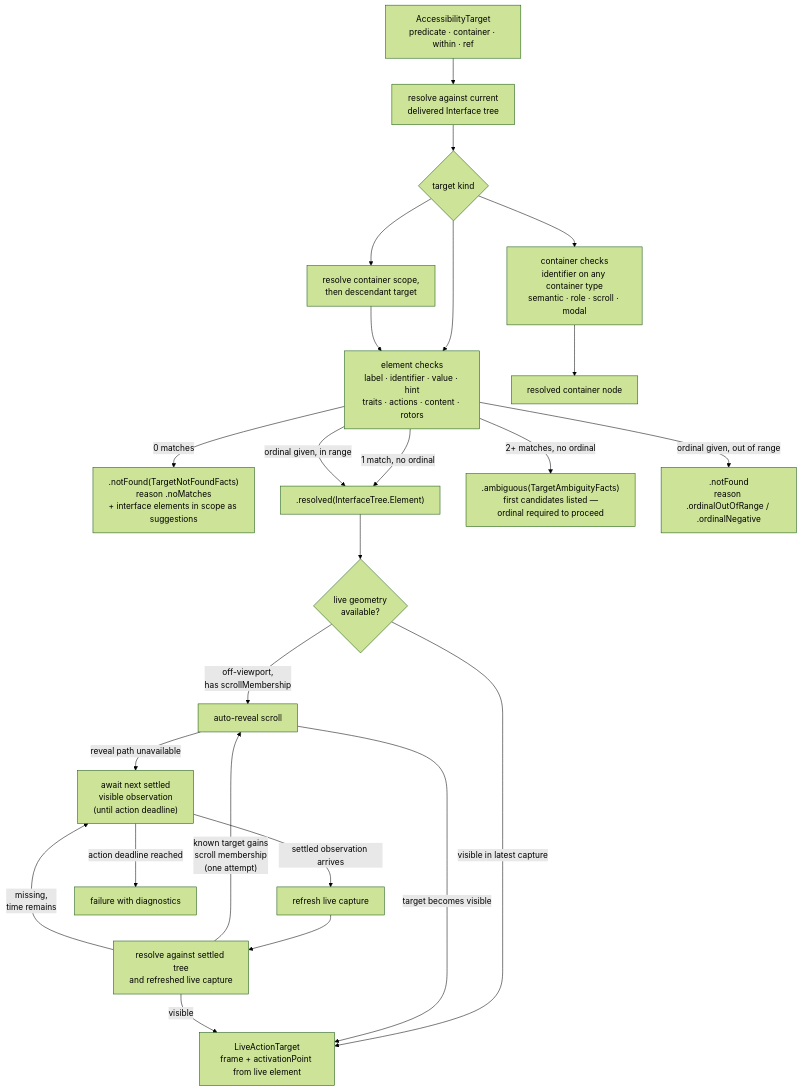
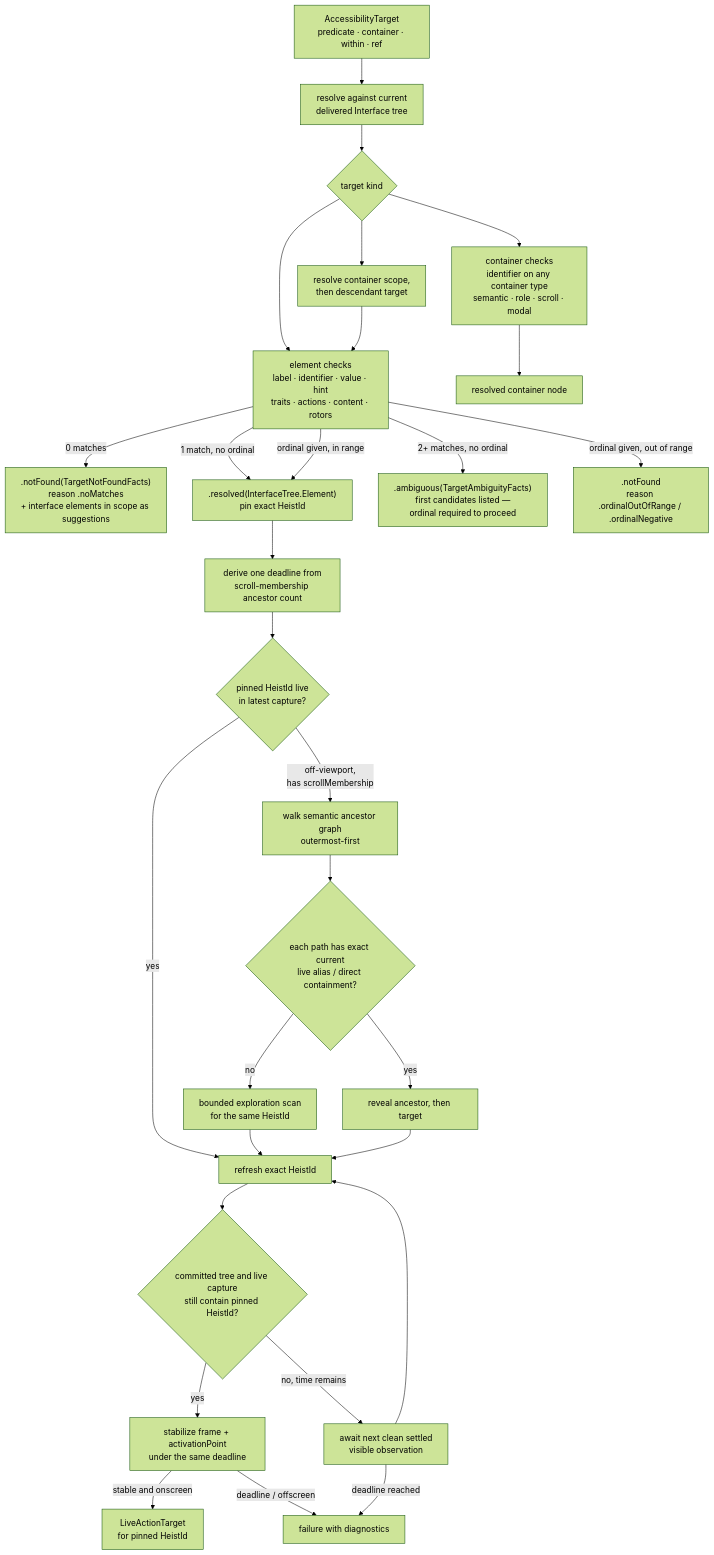
Before and after one commit to RoyalPineapple/TheButtonHeist: the diagram in docs/diagrams/element-inflation.md, drawn with Mermaid (forest theme). The commit also changed other lines of this file and 5 other files, not shown here.

Commit message:
Align handoff hardening architecture docs

````diff
--- a/docs/diagrams/element-inflation.md
+++ b/docs/diagrams/element-inflation.md
@@ -10,28 +10,33 @@
 ```mermaid
 flowchart TD
     TARGET["AccessibilityTarget<br/>predicate · container · within · ref"] --> SCOPE["resolve against current<br/>delivered Interface tree"]
     SCOPE --> KIND{"target kind"}
     KIND --> MATCH["element checks<br/>label · identifier · value · hint<br/>traits · actions · content · rotors"]
     KIND --> CMATCH["container checks<br/>identifier on any container type<br/>semantic · role · scroll · modal"]
     KIND --> WITHIN["resolve container scope,<br/>then descendant target"]
     CMATCH --> RESOLVEDNODE["resolved container node"]
     WITHIN --> MATCH
 
     MATCH -- "0 matches" --> NOTFOUND[".notFound(TargetNotFoundFacts)<br/>reason .noMatches<br/>+ interface elements in scope as suggestions"]
-    MATCH -- "1 match, no ordinal" --> RESOLVED[".resolved(InterfaceTree.Element)"]
+    MATCH -- "1 match, no ordinal" --> RESOLVED[".resolved(InterfaceTree.Element)<br/>pin exact HeistId"]
     MATCH -- "2+ matches, no ordinal" --> AMBIG[".ambiguous(TargetAmbiguityFacts)<br/>first candidates listed —<br/>ordinal required to proceed"]
     MATCH -- "ordinal given, in range" --> RESOLVED
     MATCH -- "ordinal given, out of range" --> NOTFOUND2[".notFound<br/>reason .ordinalOutOfRange / .ordinalNegative"]
 
-    RESOLVED --> LIVE{"live geometry<br/>available?"}
-    LIVE -- "visible in latest capture" --> ACT["LiveActionTarget<br/>frame + activationPoint from live element"]
-    LIVE -- "off-viewport,<br/>has scrollMembership" --> REVEAL["auto-reveal scroll"]
-    REVEAL -- "target becomes visible" --> ACT
-    REVEAL -- "reveal path unavailable" --> WAIT["await next settled<br/>visible observation<br/>(until action deadline)"]
-    WAIT -- "settled observation arrives" --> REFRESH["refresh live capture"]
-    REFRESH --> RETRY["resolve against settled tree<br/>and refreshed live capture"]
-    RETRY -- "visible" --> ACT
-    RETRY -- "known target gains<br/>scroll membership<br/>(one attempt)" --> REVEAL
-    RETRY -- "missing,<br/>time remains" --> WAIT
-    WAIT -- "action deadline reached" --> MISS["failure with diagnostics"]
+    RESOLVED --> BUDGET["derive one deadline from<br/>scroll-membership ancestor count"]
+    BUDGET --> LIVE{"pinned HeistId live<br/>in latest capture?"}
+    LIVE -- "yes" --> REFRESH["refresh exact HeistId"]
+    LIVE -- "off-viewport,<br/>has scrollMembership" --> GRAPH["walk semantic ancestor graph<br/>outermost-first"]
+    GRAPH --> ALIAS{"each path has exact current<br/>live alias / direct containment?"}
+    ALIAS -- "yes" --> REVEAL["reveal ancestor, then target"]
+    ALIAS -- "no" --> SCAN["bounded exploration scan<br/>for the same HeistId"]
+    SCAN --> REFRESH
+    REVEAL --> REFRESH
+    REFRESH --> EXACT{"committed tree and live capture<br/>still contain pinned HeistId?"}
+    EXACT -- "yes" --> STABLE["stabilize frame + activationPoint<br/>under the same deadline"]
+    EXACT -- "no, time remains" --> WAIT["await next clean settled<br/>visible observation"]
+    WAIT --> REFRESH
+    STABLE -- "stable and onscreen" --> ACT["LiveActionTarget<br/>for pinned HeistId"]
+    STABLE -- "deadline / offscreen" --> MISS["failure with diagnostics"]
+    WAIT -- "deadline reached" --> MISS
 ```
````
